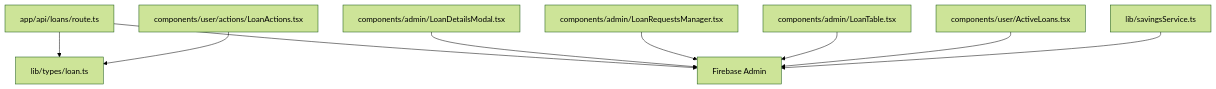
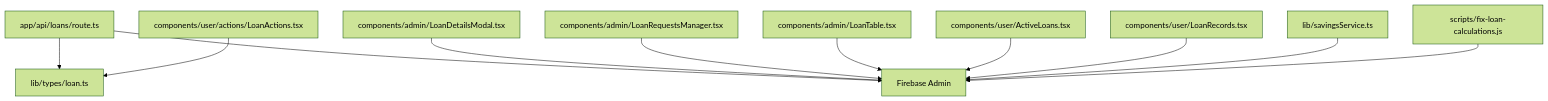
One commit to Unsure-bry/sampacoop_system changed diagram 11 of 11 in .qoder/repowiki/en/content/API Endpoints Reference/Loan Management API.md. Above: the diagram before and after it, drawn with Mermaid (forest theme). The commit also changed other lines of this file and 24 other files, not shown here.

````diff
--- a/.qoder/repowiki/en/content/API Endpoints Reference/Loan Management API.md
+++ b/.qoder/repowiki/en/content/API Endpoints Reference/Loan Management API.md
@@ -404,11 +476,13 @@
 ```mermaid
 graph TB
 LoansAPI["app/api/loans/route.ts"] --> Types["lib/types/loan.ts"]
 LoansAPI --> Firebase["Firebase Admin"]
 UserActions["components/user/actions/LoanActions.tsx"] --> Types
 AdminDetails["components/admin/LoanDetailsModal.tsx"] --> Firebase
 AdminRequests["components/admin/LoanRequestsManager.tsx"] --> Firebase
 AdminTable["components/admin/LoanTable.tsx"] --> Firebase
 ActiveLoans["components/user/ActiveLoans.tsx"] --> Firebase
+LoanRecords["components/user/LoanRecords.tsx"] --> Firebase
 SavingsSvc["lib/savingsService.ts"] --> Firebase
+FixScript["scripts/fix-loan-calculations.js"] --> Firebase
 ```
````
